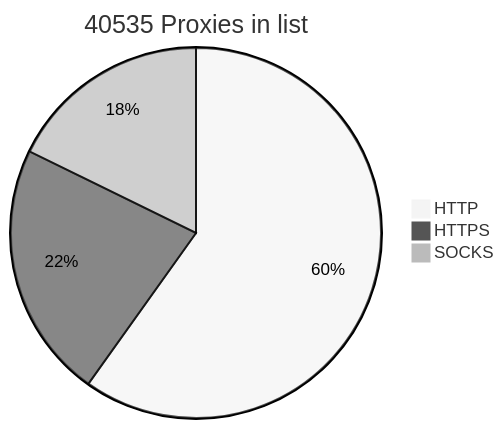
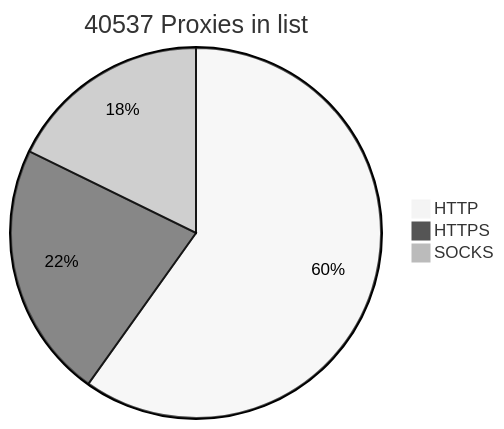
Before and after one commit to BlackSnowDot/proxylist-update-every-minute: the diagram in README.md, drawn with Mermaid (neutral theme).

````diff
--- a/README.md
+++ b/README.md
@@ -2,6 +2,6 @@
 ```mermaid
-pie title 40535 Proxies in list
+pie title 40537 Proxies in list
     "HTTP" : 28531
-    "HTTPS": 10669
+    "HTTPS": 10671
     "SOCKS" : 8458
 ```
````
